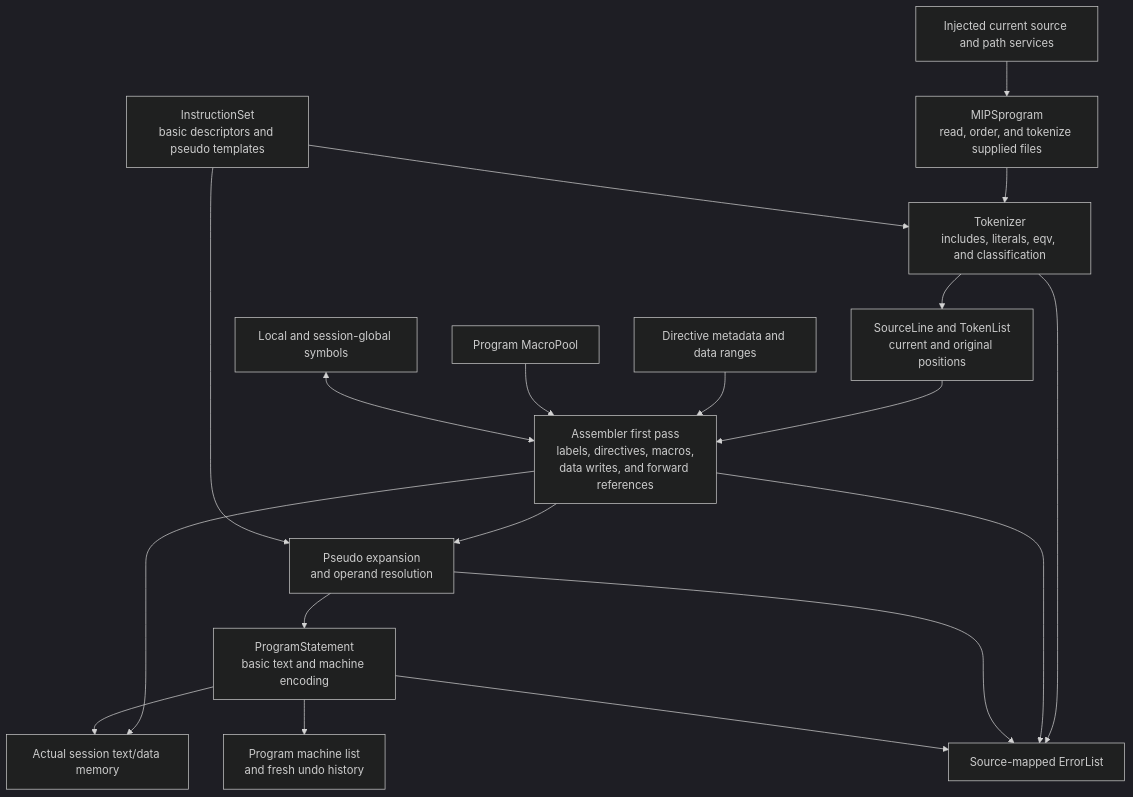
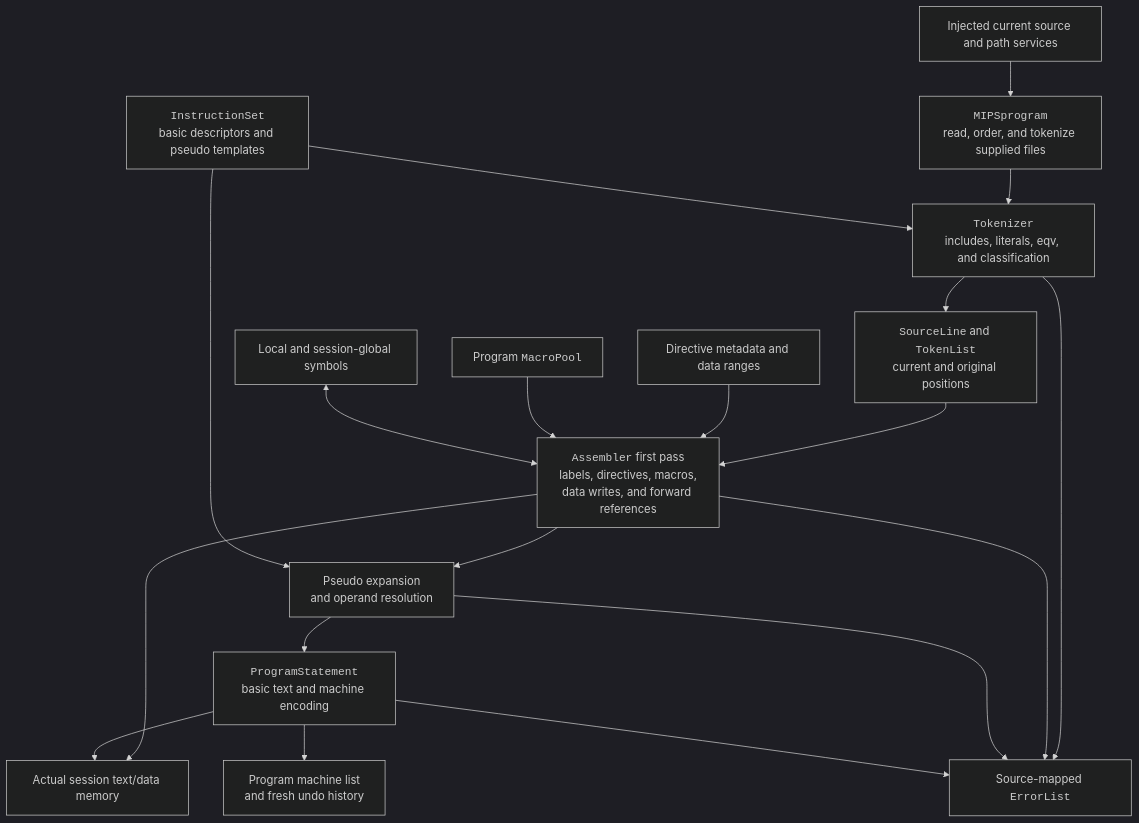
One commit to awpala/MARS-ts changed the first of 2 diagrams in src/lib/engine/assembler/README.md. Above: the diagram before and after it, drawn with Mermaid (dark theme). The commit also changed 9 other files, not shown here.

Commit message:
chore: add code/monospace formatting to diagram blocks

````diff
--- a/src/lib/engine/assembler/README.md
+++ b/src/lib/engine/assembler/README.md
@@ -24,21 +24,21 @@
 ```mermaid
 flowchart TB
-    Host["Injected current source and path services"] --> Program["MIPSprogram<br/>read, order, and tokenize supplied files"]
-    Program --> Tokenizer["Tokenizer<br/>includes, literals, eqv, and classification"]
-    Tokenizer --> Tokens["SourceLine and TokenList<br/>current and original positions"]
-    Tokens --> First["Assembler first pass<br/>labels, directives, macros,<br/>data writes, and forward references"]
+    Host["Injected current source and path services"] --> Program["<code>MIPSprogram</code><br/>read, order, and tokenize supplied files"]
+    Program --> Tokenizer["<code>Tokenizer</code><br/>includes, literals, eqv, and classification"]
+    Tokenizer --> Tokens["<code>SourceLine</code> and <code>TokenList</code><br/>current and original positions"]
+    Tokens --> First["<code>Assembler</code> first pass<br/>labels, directives, macros,<br/>data writes, and forward references"]
     Directives["Directive metadata and data ranges"] --> First
-    Macros["Program MacroPool"] --> First
+    Macros["Program <code>MacroPool</code>"] --> First
     Symbols["Local and session-global symbols"] <--> First
     First --> Second["Pseudo expansion<br/>and operand resolution"]
-    Instructions["InstructionSet<br/>basic descriptors and pseudo templates"] --> Tokenizer
+    Instructions["<code>InstructionSet</code><br/>basic descriptors and pseudo templates"] --> Tokenizer
     Instructions --> Second
-    Second --> Statements["ProgramStatement<br/>basic text and machine encoding"]
+    Second --> Statements["<code>ProgramStatement</code><br/>basic text and machine encoding"]
     First --> Memory["Actual session text/data memory"]
     Statements --> Memory
     Statements --> Results["Program machine list<br/>and fresh undo history"]
-    Tokenizer --> Errors["Source-mapped ErrorList"]
+    Tokenizer --> Errors["Source-mapped <code>ErrorList</code>"]
     First --> Errors
     Second --> Errors
     Statements --> Errors
 ```
````
